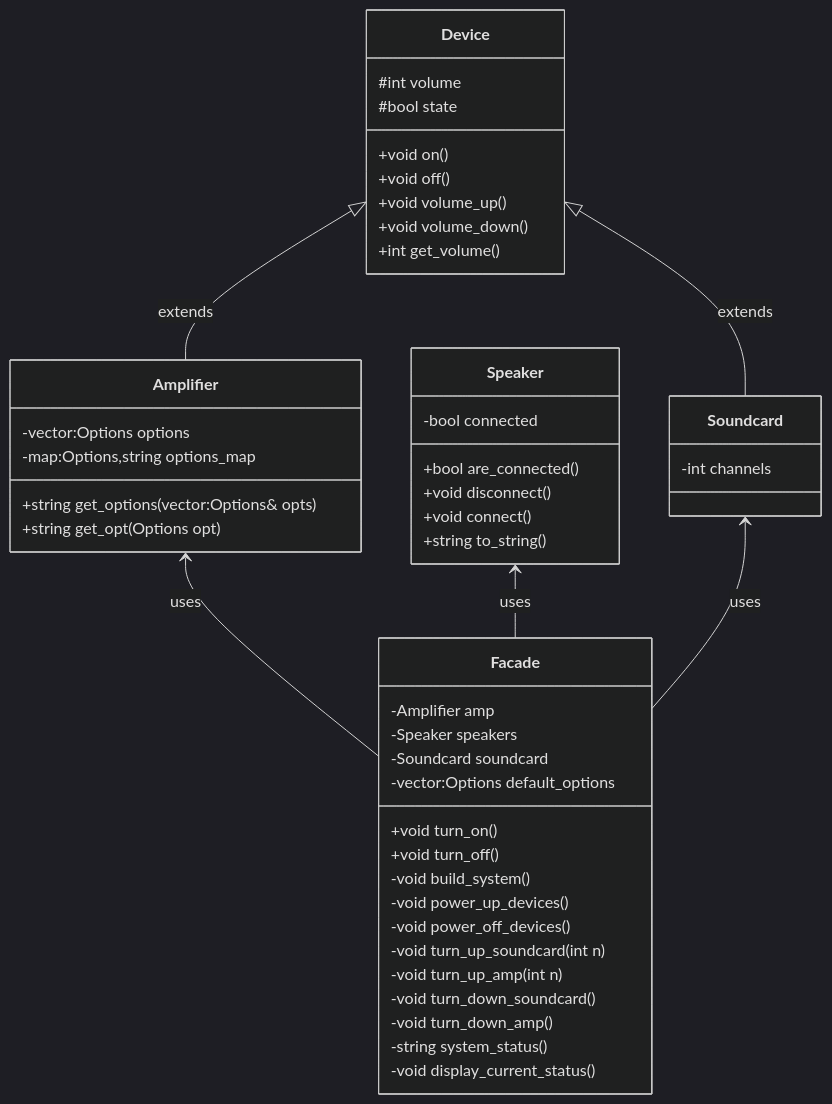
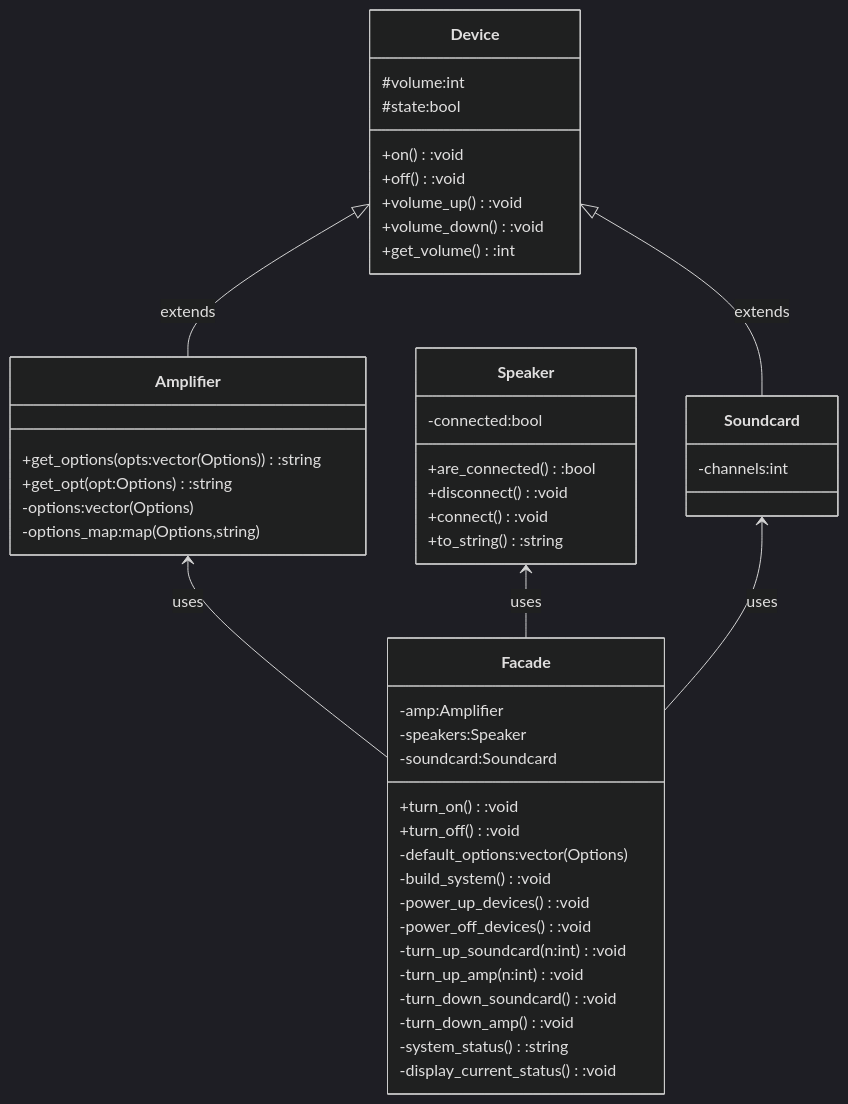
Before and after one commit to aperlini/Design-Patterns: the diagram in Structural/Facade/README.md, drawn with Mermaid (dark theme). The commit also changed 6 other files, not shown here.

Commit message:
structural UML snippets

````diff
--- a/Structural/Facade/README.md
+++ b/Structural/Facade/README.md
@@ -5,57 +5,57 @@
 ```mermaid
 classDiagram
 	
 	Device <|-- Soundcard:extends
 	Device <|-- Amplifier:extends
 	Amplifier <-- Facade:uses
 	Speaker <-- Facade:uses
 	Soundcard <-- Facade:uses
 	
 	class Device {
-		+void on()
-		+void off()
-		+void volume_up()
-		+void volume_down()
-		+int get_volume()
-		#int volume
-		#bool state
+		+on():void
+		+off():void
+		+volume_up():void
+		+volume_down():void
+		+get_volume():int
+		#volume:int
+		#state:bool
 	}
 	
 	class Speaker {
-		+bool are_connected()
-		+void disconnect()
-		+void connect()
-		+string to_string()
-		-bool connected
+		+are_connected():bool
+		+disconnect():void
+		+connect():void
+		+to_string():string
+		-connected:bool
 	}
 	
 	class Soundcard {
-		-int channels
+		-channels:int
 	}
 	
 	class Amplifier {
-		+string get_options(vector:Options& opts)
-		+string get_opt(Options opt)
-		-vector:Options options
-		-map:Options,string options_map
+		+get_options(opts:vector(Options)):string
+		+get_opt(opt:Options):string
+		-options:vector(Options)
+		-options_map:map(Options,string)
 	}
 	
 	class Facade {
-		+void turn_on()
-		+void turn_off()
-		-Amplifier amp
-		-Speaker speakers
-		-Soundcard soundcard
-		-vector:Options default_options
-		-void build_system()
-		-void power_up_devices()
-		-void power_off_devices()
-		-void turn_up_soundcard(int n)
-		-void turn_up_amp(int n)
-		-void turn_down_soundcard()
-		-void turn_down_amp()
-		-string system_status()
-		-void display_current_status()
+		+turn_on():void
+		+turn_off():void
+		-amp:Amplifier
+		-speakers:Speaker
+		-soundcard:Soundcard
+		-default_options:vector(Options)
+		-build_system():void
+		-power_up_devices():void
+		-power_off_devices():void
+		-turn_up_soundcard(n:int):void
+		-turn_up_amp(n:int):void
+		-turn_down_soundcard():void
+		-turn_down_amp():void
+		-system_status():string
+		-display_current_status():void
 	}
 	
 ```
````
